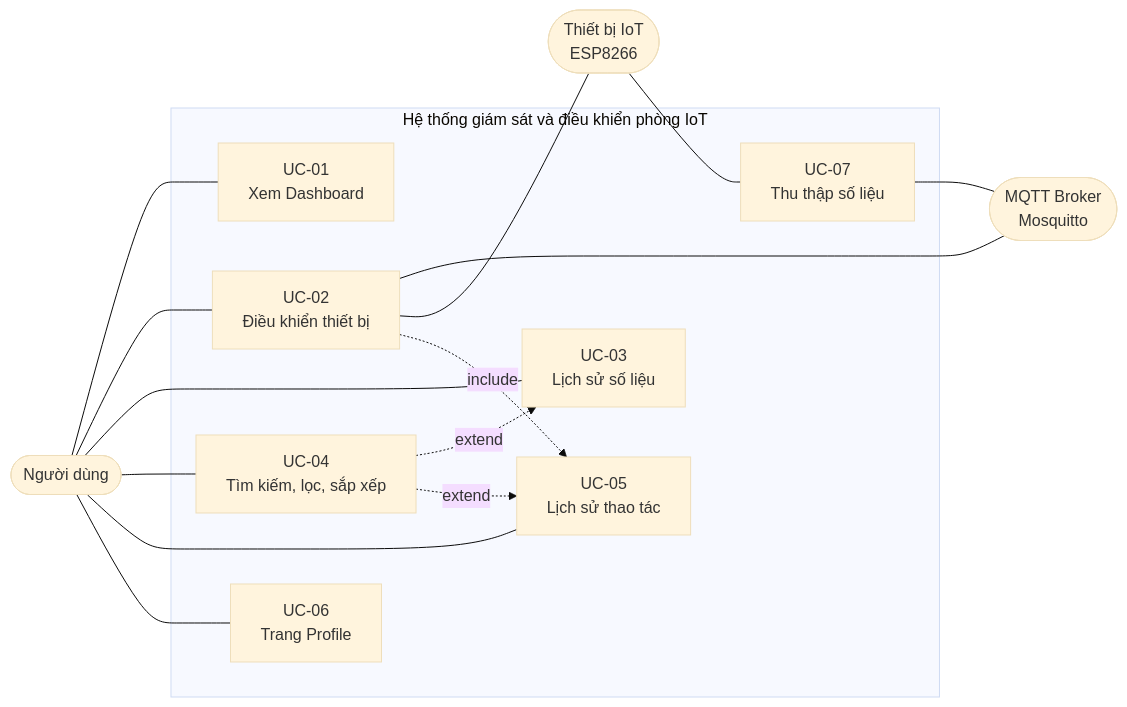
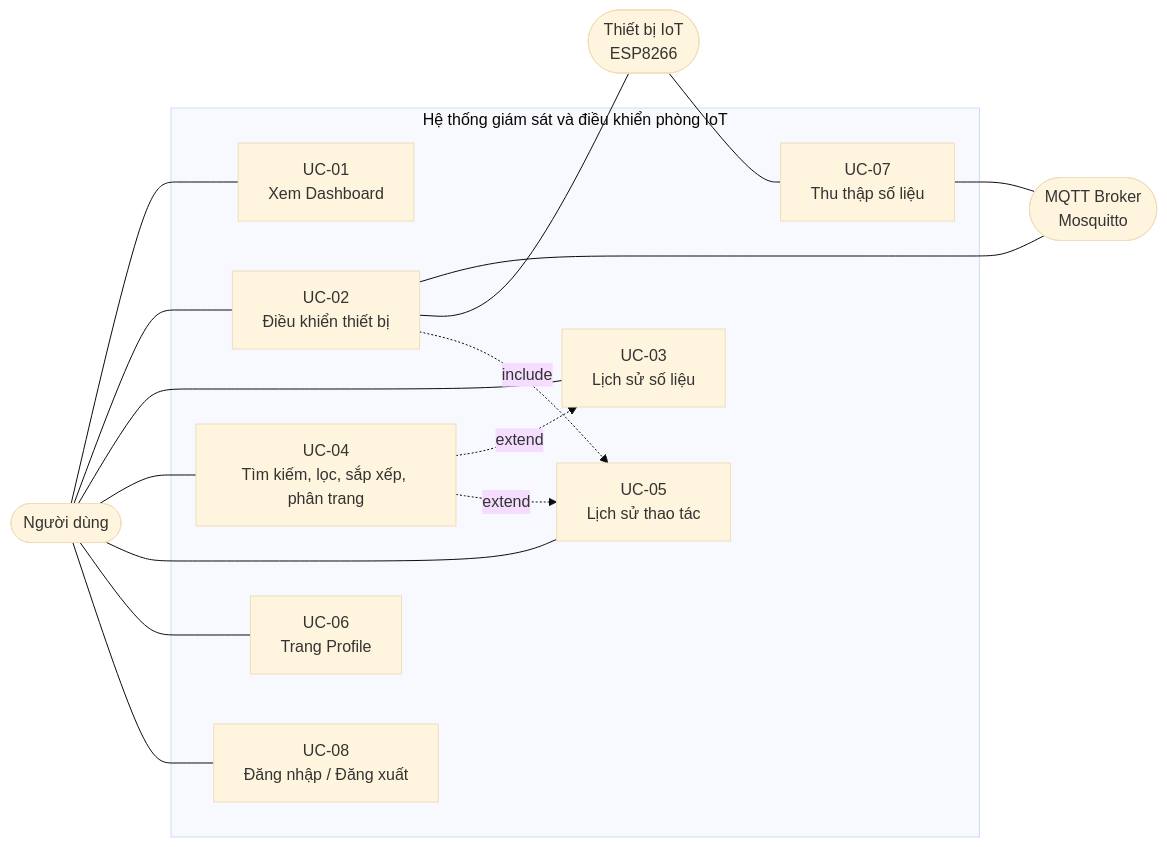
The second of 2 diagrams in docs/02-UseCase.md (B23DCAT011/IOT), drawn with Mermaid (base theme) before and after one commit. The commit also changed other lines of this file and 13 other files, not shown here.

````diff
--- a/docs/02-UseCase.md
+++ b/docs/02-UseCase.md
@@ -104,31 +111,33 @@
 ```mermaid
 flowchart LR
     User(["Người dùng"])
     IoT(["Thiết bị IoT<br/>ESP8266"])
     Broker(["MQTT Broker<br/>Mosquitto"])
 
     subgraph SYS["Hệ thống giám sát và điều khiển phòng IoT"]
         UC01["UC-01<br/>Xem Dashboard"]
         UC02["UC-02<br/>Điều khiển thiết bị"]
         UC03["UC-03<br/>Lịch sử số liệu"]
-        UC04["UC-04<br/>Tìm kiếm, lọc, sắp xếp"]
+        UC04["UC-04<br/>Tìm kiếm, lọc, sắp xếp, phân trang"]
         UC05["UC-05<br/>Lịch sử thao tác"]
         UC06["UC-06<br/>Trang Profile"]
         UC07["UC-07<br/>Thu thập số liệu"]
+        UC08["UC-08<br/>Đăng nhập / Đăng xuất"]
     end
 
     User --- UC01
     User --- UC02
     User --- UC03
     User --- UC04
     User --- UC05
     User --- UC06
+    User --- UC08
     IoT --- UC07
     UC07 --- Broker
     UC02 --- Broker
     UC02 --- IoT
 
     UC04 -. extend .-> UC03
     UC04 -. extend .-> UC05
     UC02 -. include .-> UC05
 ```
````
